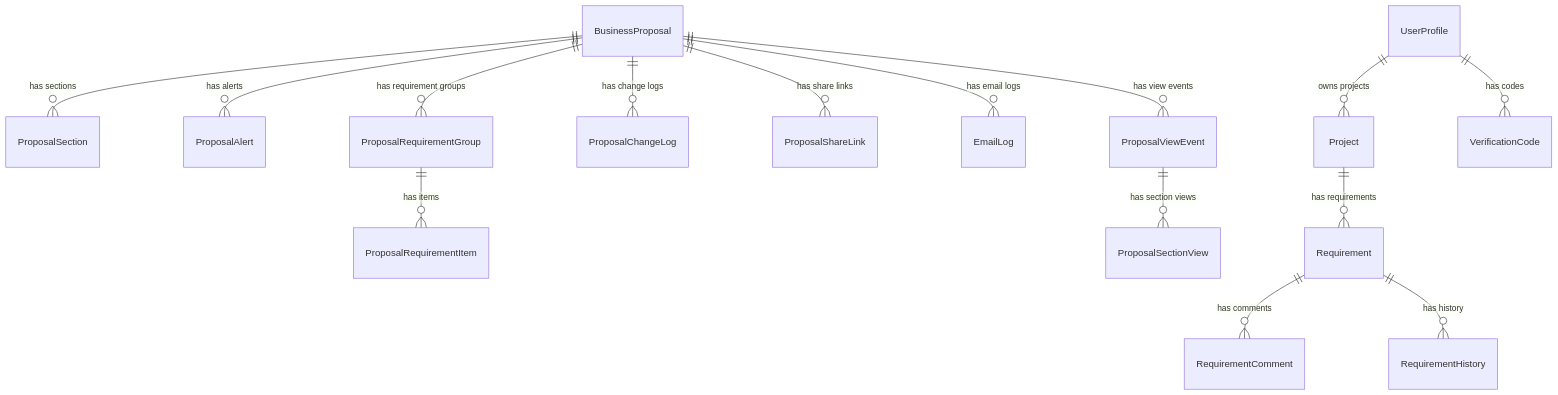
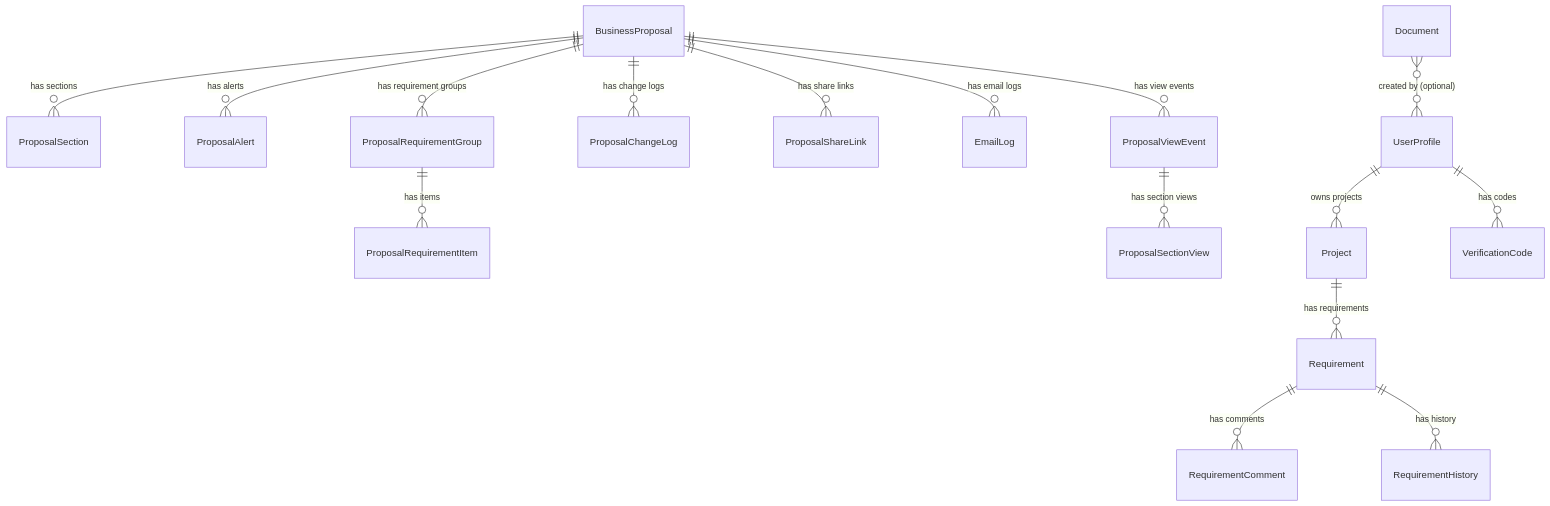
The fourth of 10 diagrams in docs/methodology/architecture.md (gustavop-dev/projectapp), drawn with Mermaid before and after one commit. The commit also changed other lines of this file and 15 other files, not shown here.

````diff
--- a/docs/methodology/architecture.md
+++ b/docs/methodology/architecture.md
@@ -117,18 +117,19 @@
 ```mermaid
 erDiagram
     BusinessProposal ||--o{ ProposalSection : "has sections"
     BusinessProposal ||--o{ ProposalAlert : "has alerts"
     BusinessProposal ||--o{ ProposalViewEvent : "has view events"
     BusinessProposal ||--o{ ProposalChangeLog : "has change logs"
     BusinessProposal ||--o{ ProposalShareLink : "has share links"
     BusinessProposal ||--o{ EmailLog : "has email logs"
     BusinessProposal ||--o{ ProposalRequirementGroup : "has requirement groups"
     ProposalRequirementGroup ||--o{ ProposalRequirementItem : "has items"
     ProposalViewEvent ||--o{ ProposalSectionView : "has section views"
+    Document }o--o{ UserProfile : "created by (optional)"
 
     UserProfile ||--o{ Project : "owns projects"
     UserProfile ||--o{ VerificationCode : "has codes"
     Project ||--o{ Requirement : "has requirements"
     Requirement ||--o{ RequirementComment : "has comments"
     Requirement ||--o{ RequirementHistory : "has history"
 ```
````
